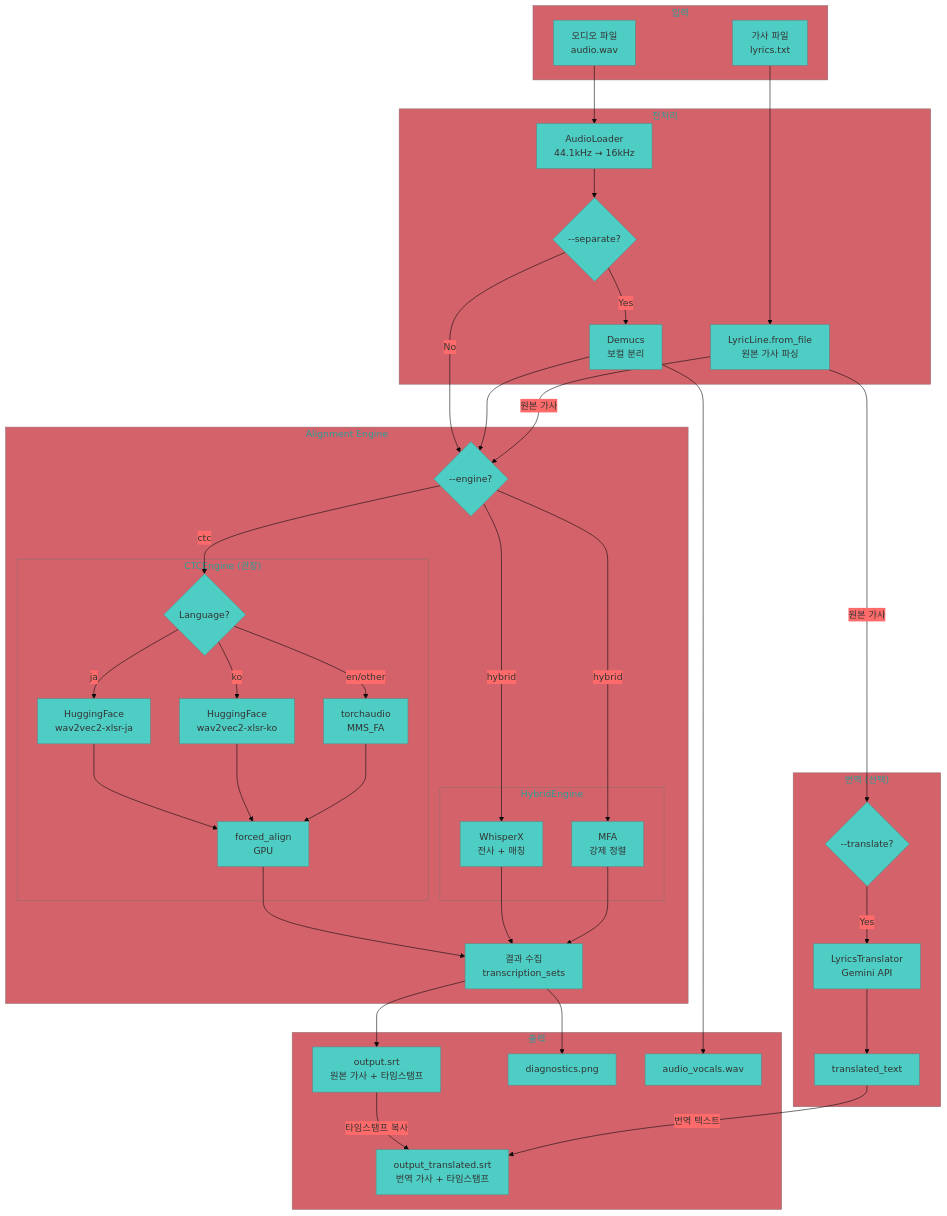
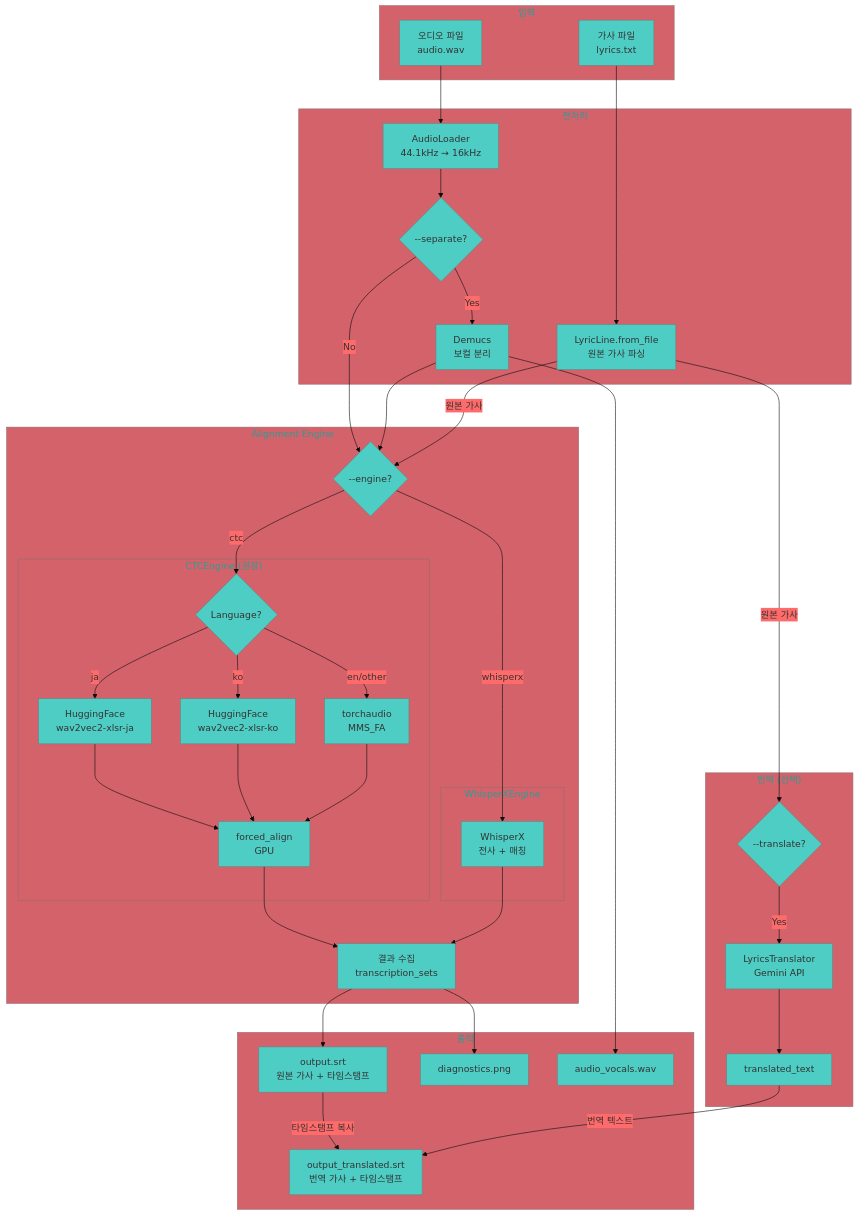
One commit to onpe5679/Everyric2 changed the diagram in diagrams/01_overall_pipeline.mermaid. Above: the diagram before and after it, drawn with Mermaid. The commit also changed 3 other files, not shown here.

Commit message:
ctc다이어그램업데이트

```diff
--- a/diagrams/01_overall_pipeline.mermaid
+++ b/diagrams/01_overall_pipeline.mermaid
@@ -1,80 +1,77 @@
 %%{init: {'theme': 'base', 'themeVariables': { 'primaryColor': '#4ECDC4', 'secondaryColor': '#FF6B6B'}}}%%
 flowchart TD
     subgraph INPUT["입력"]
         A[오디오 파일<br/>audio.wav]
         B[가사 파일<br/>lyrics.txt]
     end
 
     subgraph PREPROCESS["전처리"]
         C[AudioLoader<br/>44.1kHz → 16kHz]
         D{--separate?}
         E[Demucs<br/>보컬 분리]
         F[LyricLine.from_file<br/>원본 가사 파싱]
     end
 
     subgraph ENGINE["Alignment Engine"]
         ENG{--engine?}
         
         subgraph CTC_ENG["CTCEngine (권장)"]
             CTC_LANG{Language?}
             CTC_JA[HuggingFace<br/>wav2vec2-xlsr-ja]
             CTC_KO[HuggingFace<br/>wav2vec2-xlsr-ko]
             CTC_EN[torchaudio<br/>MMS_FA]
             CTC_FA[forced_align<br/>GPU]
         end
         
-        subgraph HYBRID_ENG["HybridEngine"]
+        subgraph WX_ENG["WhisperXEngine"]
             J[WhisperX<br/>전사 + 매칭]
-            K[MFA<br/>강제 정렬]
         end
         
         I[결과 수집<br/>transcription_sets]
     end
 
     subgraph TRANSLATE["번역 (선택)"]
         G{--translate?}
         H[LyricsTranslator<br/>Gemini API]
         T[translated_text]
     end
 
     subgraph OUTPUT["출력"]
         L[output.srt<br/>원본 가사 + 타임스탬프]
         L2[output_translated.srt<br/>번역 가사 + 타임스탬프]
         M[diagnostics.png]
         N[audio_vocals.wav]
     end
 
     A --> C
     B --> F
     C --> D
     D -->|Yes| E
     D -->|No| ENG
     E --> ENG
     E --> N
     
     ENG -->|ctc| CTC_LANG
     CTC_LANG -->|ja| CTC_JA
     CTC_LANG -->|ko| CTC_KO
     CTC_LANG -->|en/other| CTC_EN
     CTC_JA --> CTC_FA
     CTC_KO --> CTC_FA
     CTC_EN --> CTC_FA
     CTC_FA --> I
     
-    ENG -->|hybrid| J
-    ENG -->|hybrid| K
+    ENG -->|whisperx| J
     
     F -->|원본 가사| ENG
     F -->|원본 가사| G
     
     J --> I
-    K --> I
     
     G -->|Yes| H
     H --> T
     
     I --> L
     L -->|타임스탬프 복사| L2
     T -->|번역 텍스트| L2
     
     I --> M
```
